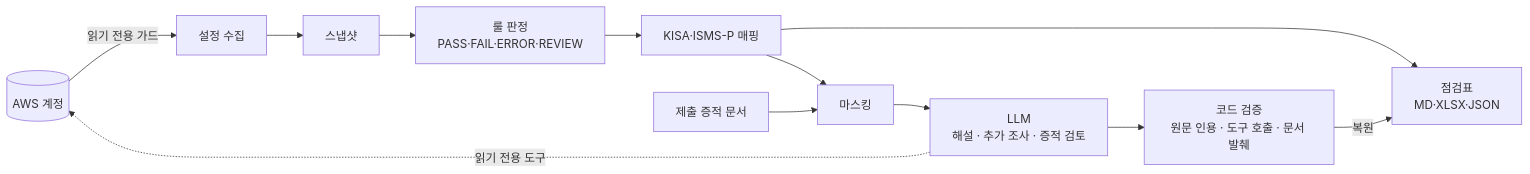
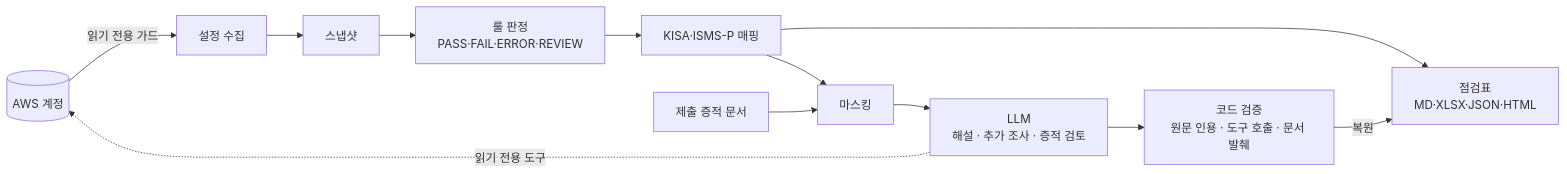
Before and after one commit to zelopy/kompass-isms: the diagram in docs/PORTFOLIO.md, drawn with Mermaid. The commit also changed other lines of this file and 1 other file, not shown here.

Commit message:
docs(portfolio): list HTML among report output formats

````diff
--- a/docs/PORTFOLIO.md
+++ b/docs/PORTFOLIO.md
@@ -45,16 +45,16 @@
 ```mermaid
 flowchart LR
     AWS[(AWS 계정)] -->|읽기 전용 가드| C[설정 수집]
     C --> S[스냅샷]
     S --> R[룰 판정<br/>PASS·FAIL·ERROR·REVIEW]
     R --> M[KISA·ISMS-P 매핑]
-    M --> P[점검표<br/>MD·XLSX·JSON]
+    M --> P[점검표<br/>MD·XLSX·JSON·HTML]
 
     M --> K[마스킹]
     K --> L[LLM<br/>해설 · 추가 조사 · 증적 검토]
     L --> V[코드 검증<br/>원문 인용 · 도구 호출 · 문서 발췌]
     V -->|복원| P
 
     L -. 읽기 전용 도구 .-> AWS
     D[제출 증적 문서] --> K
 ```
````
